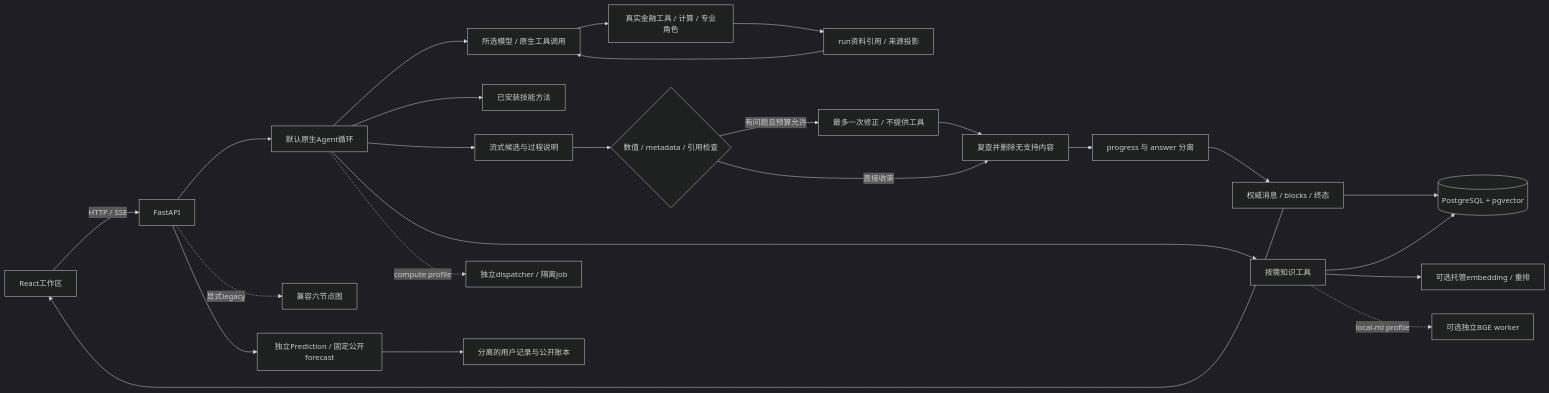
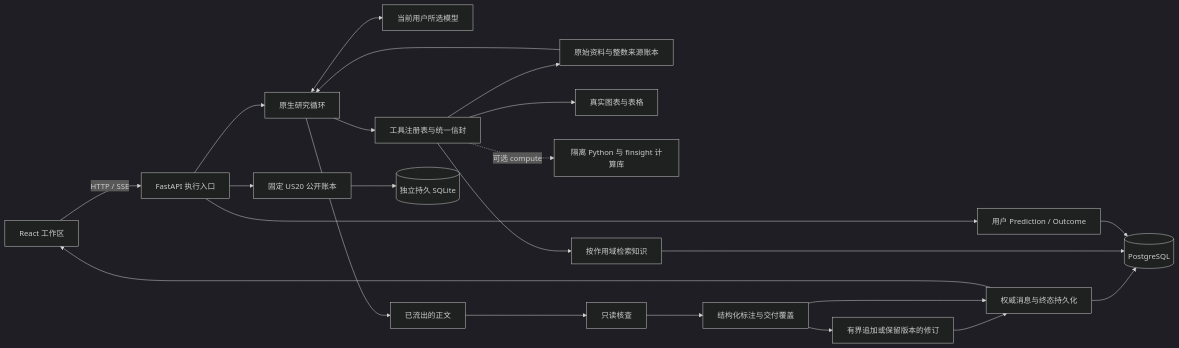
The diagram in README.md (kkkano/FinSight), drawn with Mermaid (dark theme) before and after one commit. The commit also changed other lines of this file and 62 other files, not shown here.

Commit message:
refresh architecture contracts and verified documentation diagrams

````diff
--- a/README.md
+++ b/README.md
@@ -29,27 +53,25 @@
 ```mermaid
 flowchart LR
-    UI[React工作区] -->|HTTP / SSE| API[FastAPI]
-    API --> LOOP[默认原生Agent循环]
-    LOOP --> MODEL[所选模型 / 原生工具调用]
-    MODEL --> TOOLS[真实金融工具 / 计算 / 专业角色]
-    TOOLS --> DATA[run资料引用 / 来源投影]
-    DATA --> MODEL
-    LOOP --> SKILL[已安装技能方法]
-    LOOP --> CANDIDATE[流式候选与过程说明]
-    CANDIDATE --> GATE{数值 / metadata / 引用检查}
-    GATE -->|有问题且预算允许| REPAIR[最多一次修正 / 不提供工具]
-    REPAIR --> FINAL[复查并删除无支持内容]
-    GATE -->|直接收束| FINAL
-    FINAL --> PHASE[progress 与 answer 分离]
-    PHASE --> SAVE[权威消息 / blocks / 终态]
+    UI[React 工作区] -->|HTTP / SSE| API[FastAPI 执行入口]
+    API --> LOOP[原生研究循环]
+    LOOP <--> MODEL[当前用户所选模型]
+    LOOP --> TOOLS[工具注册表与统一信封]
+    TOOLS --> DATA[原始资料与整数来源账本]
+    DATA --> LOOP
+    TOOLS --> ART[真实图表与表格]
+    TOOLS -. 可选 compute .-> JOB[隔离 Python 与 finsight 计算库]
+    TOOLS --> RAG[按作用域检索知识]
+    LOOP --> ANSWER[已流出的正文]
+    ANSWER --> REVIEW[只读核查]
+    REVIEW --> NOTE[结构化标注与交付覆盖]
+    NOTE --> FOLLOW[有界追加或保留版本的修订]
+    FOLLOW --> SAVE[权威消息与终态持久化]
+    NOTE --> SAVE
     SAVE --> UI
-    SAVE --> PG[(PostgreSQL + pgvector)]
-    LOOP --> KNOW[按需知识工具]
-    KNOW --> PG
-    KNOW --> REMOTE[可选托管embedding / 重排]
-    LOOP -. compute profile .-> JOB[独立dispatcher / 隔离job]
-    KNOW -. local-ml profile .-> ML[可选独立BGE worker]
-    API -. 显式legacy .-> GRAPH[兼容六节点图]
-    API --> PRED[独立Prediction / 固定公开forecast]
-    PRED --> LEDGER[分离的用户记录与公开账本]
+    SAVE --> PG[(PostgreSQL)]
+    RAG --> PG
+    API --> USERPRED[用户 Prediction / Outcome]
+    USERPRED --> PG
+    API --> BENCH[固定 US20 公开账本]
+    BENCH --> LEDGER[(独立持久 SQLite)]
 ```
````
